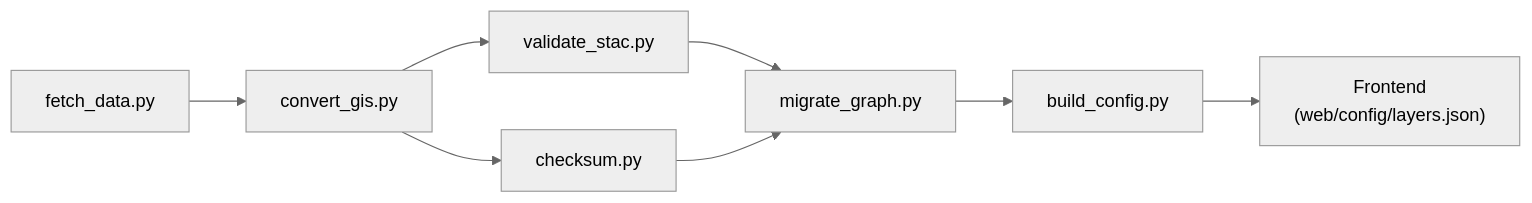
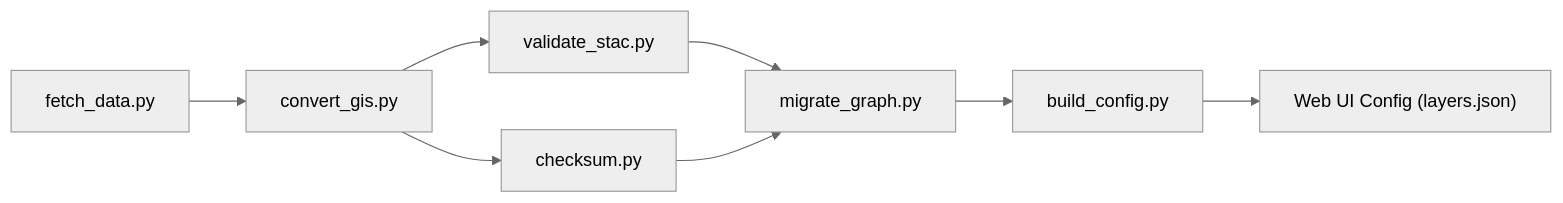
The diagram in tools/README.md (bartytime4life/Kansas-Frontier-Matrix), drawn with Mermaid (neutral theme) before and after one commit. The commit also changed other lines of this file, not shown here.

````diff
--- a/tools/README.md
+++ b/tools/README.md
@@ -82,11 +83,11 @@
 ```mermaid
 flowchart LR
   A["fetch_data.py"] --> B["convert_gis.py"]
   B --> C["validate_stac.py"]
   B --> D["checksum.py"]
   C --> E["migrate_graph.py"]
   D --> E
   E --> F["build_config.py"]
-  F --> G["Frontend\n(web/config/layers.json)"]
+  F --> G["Web UI Config (layers.json)"]
 %% END OF MERMAID
 ```
````
